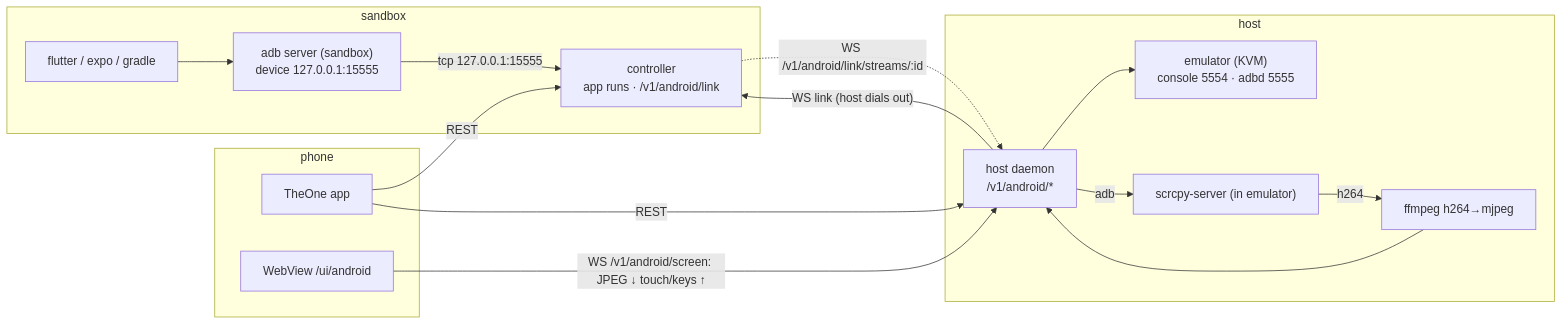
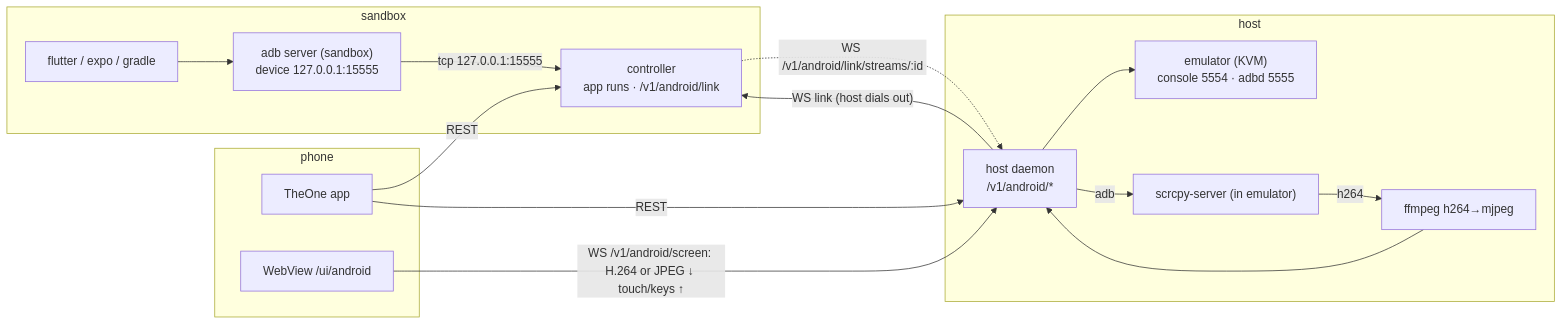
Before and after one commit to kevin-roan/tesseract: the diagram in docs/architecture/app-runs-and-emulator.md, drawn with Mermaid. The commit also changed other lines of this file and 2292 other files, not shown here.

````diff
--- a/docs/architecture/app-runs-and-emulator.md
+++ b/docs/architecture/app-runs-and-emulator.md
@@ -10,26 +13,26 @@
 ```mermaid
 flowchart LR
   subgraph phone
     app["TheOne app"]
     wv["WebView /ui/android"]
   end
   subgraph sandbox
     ctl["controller<br/>app runs · /v1/android/link"]
     adbs["adb server (sandbox)<br/>device 127.0.0.1:15555"]
     dev["flutter / expo / gradle"]
   end
   subgraph host
     hd["host daemon<br/>/v1/android/*"]
     emu["emulator (KVM)<br/>console 5554 · adbd 5555"]
     scr["scrcpy-server (in emulator)"]
     ff["ffmpeg h264→mjpeg"]
   end
   app -->|REST| ctl
   app -->|REST| hd
-  wv -->|"WS /v1/android/screen: JPEG ↓ touch/keys ↑"| hd
+  wv -->|"WS /v1/android/screen: H.264 or JPEG ↓ touch/keys ↑"| hd
   hd -->|"WS link (host dials out)"| ctl
   dev --> adbs -->|"tcp 127.0.0.1:15555"| ctl
   ctl -.->|"WS /v1/android/link/streams/:id"| hd --> emu
   hd -->|adb| scr
   scr -->|h264| ff --> hd
 ```
````
